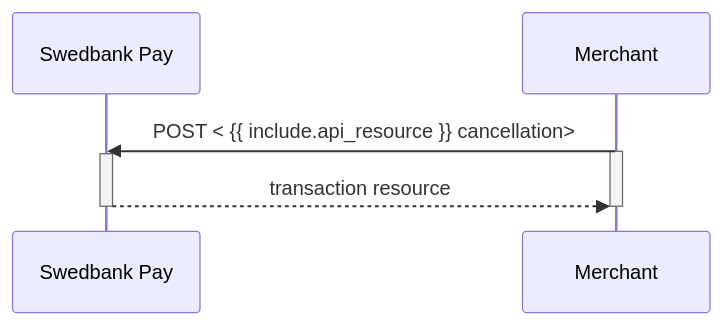
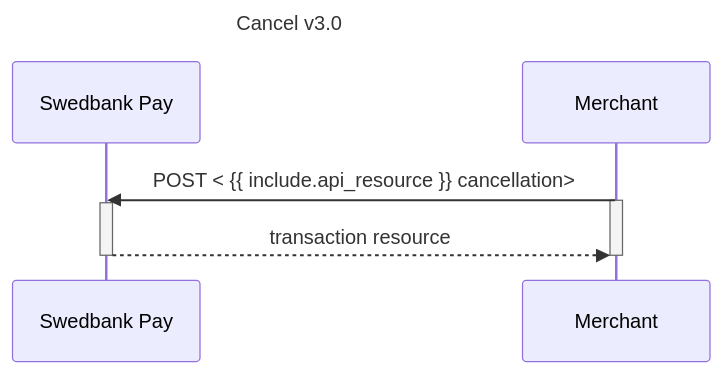
Before and after one commit to SwedbankPay/developer.swedbankpay.com: the second of 2 diagrams in _includes/post-purchase-3-0.md, drawn with Mermaid. The commit also changed other lines of this file and 66 other files, not shown here.

Commit message:
Added titles in sequence diagrams

````diff
--- a/_includes/post-purchase-3-0.md
+++ b/_includes/post-purchase-3-0.md
@@ -901,12 +902,13 @@
 ```mermaid
 sequenceDiagram
+title: Cancel v3.0
     participant SwedbankPay as Swedbank Pay
 
 
     Merchant->>SwedbankPay: POST < {{ include.api_resource }} cancellation>
     activate Merchant
     activate SwedbankPay
     SwedbankPay-->>Merchant: transaction resource
     deactivate SwedbankPay
     deactivate Merchant
 ```
````
